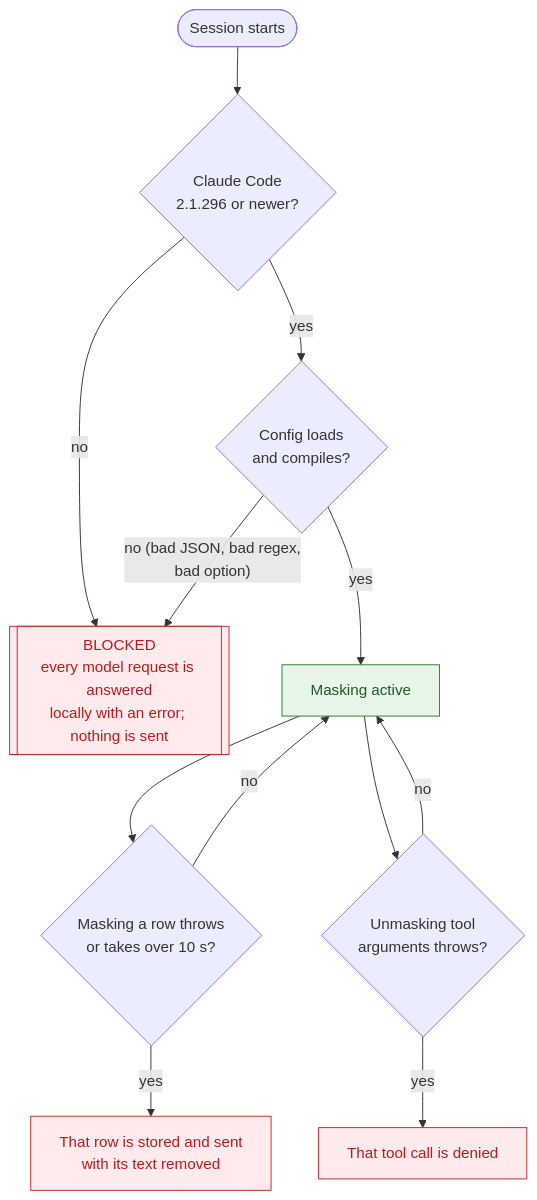
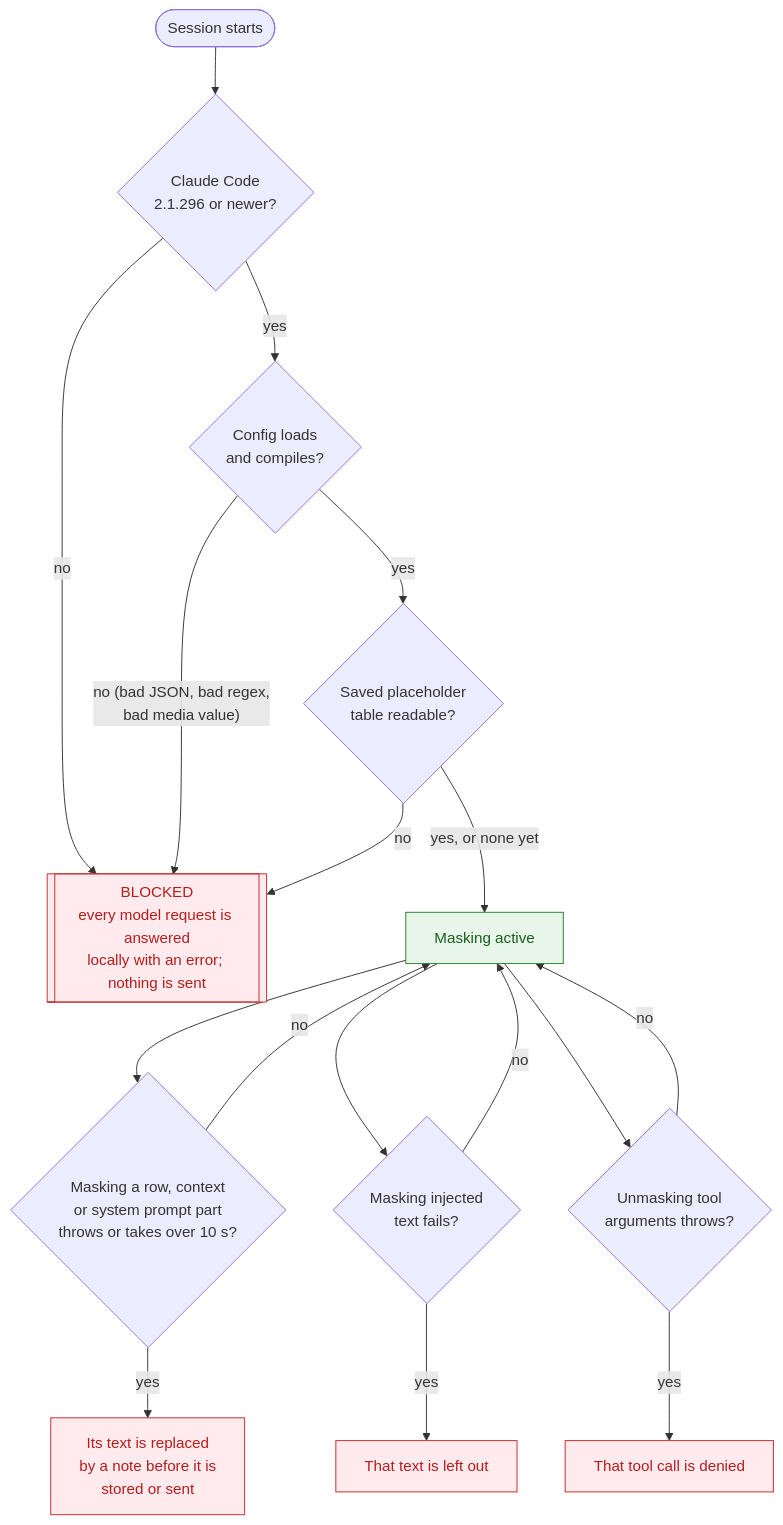
The fifth of 5 diagrams in docs/how-it-works.md (majidkabir/customer-mask), drawn with Mermaid before and after one commit. The commit also changed other lines of this file and 11 other files, not shown here.

````diff
--- a/docs/how-it-works.md
+++ b/docs/how-it-works.md
@@ -185,19 +188,24 @@
 ```mermaid
 flowchart TD
     S([Session starts]) --> V{Claude Code<br/>2.1.296 or newer?}
     V -- no --> B[["BLOCKED<br/>every model request is answered<br/>locally with an error; nothing is sent"]]
     V -- yes --> L{Config loads<br/>and compiles?}
-    L -- "no (bad JSON, bad regex,<br/>bad option)" --> B
-    L -- yes --> R[Masking active]
-    R --> A{Masking a row throws<br/>or takes over 10 s?}
+    L -- "no (bad JSON, bad regex,<br/>bad media value)" --> B
+    L -- yes --> F{Saved placeholder<br/>table readable?}
+    F -- no --> B
+    F -- "yes, or none yet" --> R[Masking active]
+    R --> A{Masking a row, context<br/>or system prompt part<br/>throws or takes over 10 s?}
     A -- no --> R
-    A -- yes --> X[That row is stored and sent<br/>with its text removed]
+    A -- yes --> X[Its text is replaced<br/>by a note before it is<br/>stored or sent]
+    R --> I{Masking injected<br/>text fails?}
+    I -- no --> R
+    I -- yes --> O[That text is left out]
     R --> T{Unmasking tool<br/>arguments throws?}
     T -- no --> R
     T -- yes --> D[That tool call is denied]
 
     classDef ok fill:#e8f5e9,stroke:#2e7d32,color:#1b5e20
     classDef bad fill:#ffebee,stroke:#c62828,color:#b71c1c
     class R ok
-    class B,D,X bad
+    class B,D,X,O bad
 ```
````
